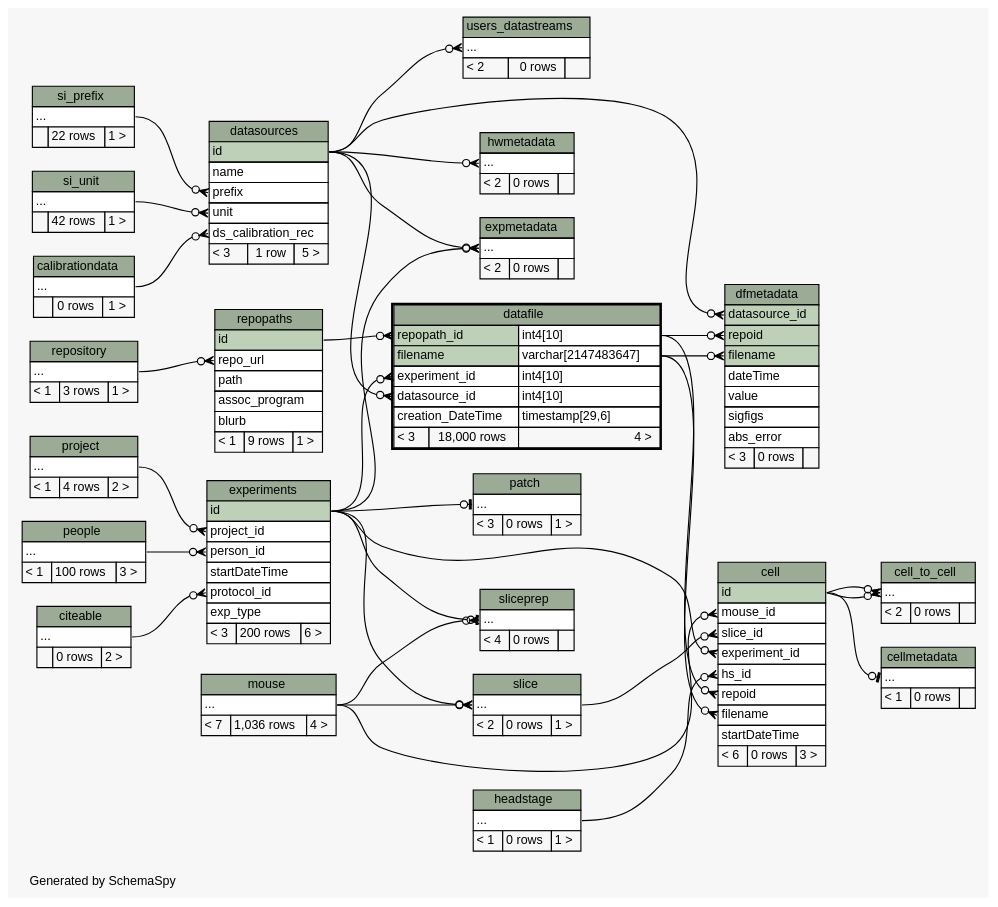
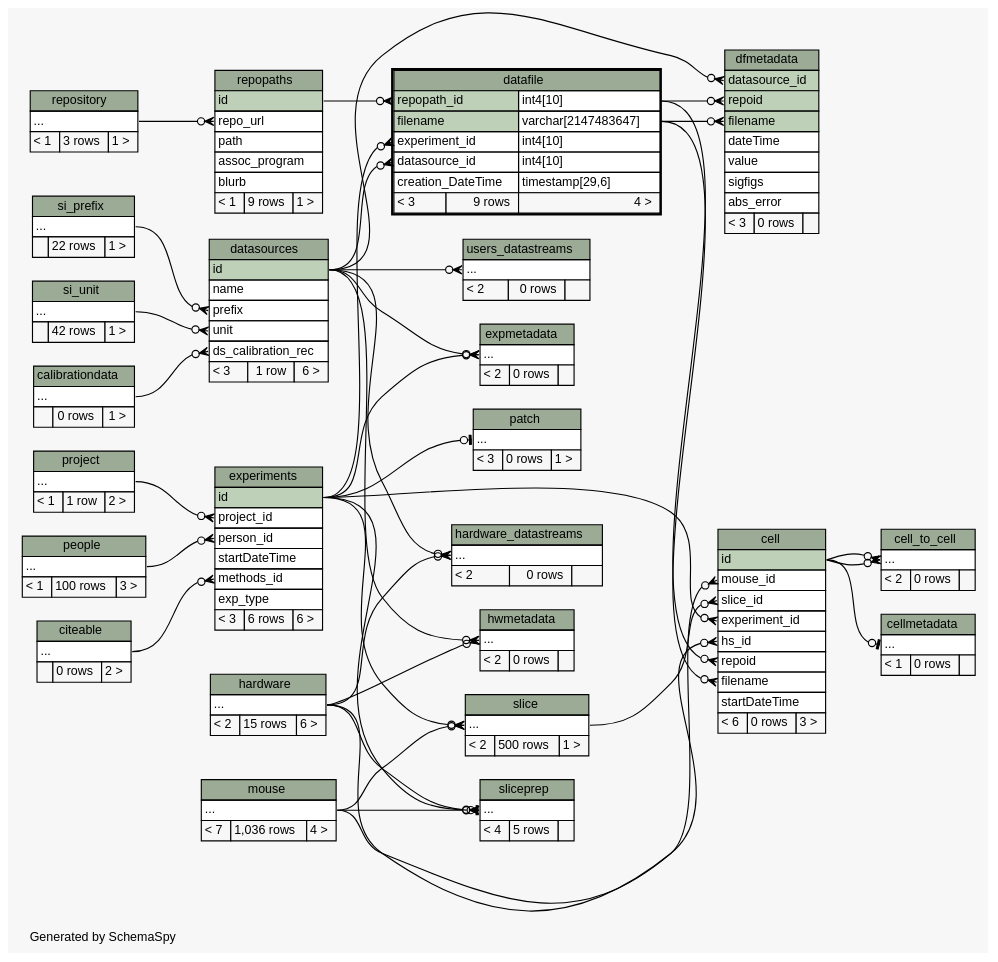
Before and after one commit to tgbugs/mlab: the diagram in database/ss/diagrams/datafile.2degrees.dot, drawn with Graphviz. The commit also changed 204 other files, not shown here.

Commit message:
got the hardware working as a tree, removed explicit amp and headstage classes, updated schemaspy

```diff
--- a/database/ss/diagrams/datafile.2degrees.dot
+++ b/database/ss/diagrams/datafile.2degrees.dot
@@ -21,7 +21,7 @@
   ];
   "cell":"experiment_id":w -> "experiments":"id":e [arrowhead=none dir=back arrowtail=crowodot];
   "cell":"filename":w -> "datafile":"filename.type":e [arrowhead=none dir=back arrowtail=crowodot];
-  "cell":"hs_id":w -> "headstage":"elipses":e [arrowhead=none dir=back arrowtail=crowodot];
+  "cell":"hs_id":w -> "hardware":"elipses":e [arrowhead=none dir=back arrowtail=crowodot];
   "cell":"mouse_id":w -> "mouse":"elipses":e [arrowhead=none dir=back arrowtail=crowodot];
   "cell":"repoid":w -> "datafile":"repopath_id.type":e [arrowhead=none dir=back arrowtail=crowodot];
   "cell":"slice_id":w -> "slice":"elipses":e [arrowhead=none dir=back arrowtail=crowodot];
@@ -37,16 +37,20 @@
   "dfmetadata":"datasource_id":w -> "datasources":"id":e [arrowhead=none dir=back arrowtail=crowodot];
   "dfmetadata":"filename":w -> "datafile":"filename.type":e [arrowhead=none dir=back arrowtail=crowodot];
   "dfmetadata":"repoid":w -> "datafile":"repopath_id.type":e [arrowhead=none dir=back arrowtail=crowodot];
+  "experiments":"methods_id":w -> "citeable":"elipses":e [arrowhead=none dir=back arrowtail=crowodot];
   "experiments":"person_id":w -> "people":"elipses":e [arrowhead=none dir=back arrowtail=crowodot];
   "experiments":"project_id":w -> "project":"elipses":e [arrowhead=none dir=back arrowtail=crowodot];
-  "experiments":"protocol_id":w -> "citeable":"elipses":e [arrowhead=none dir=back arrowtail=crowodot];
   "expmetadata":"elipses":w -> "datasources":"id":e [arrowhead=none dir=back arrowtail=crowodot];
   "expmetadata":"elipses":w -> "experiments":"id":e [arrowhead=none dir=back arrowtail=crowodot];
+  "hardware_datastreams":"elipses":w -> "datasources":"id":e [arrowhead=none dir=back arrowtail=crowodot];
+  "hardware_datastreams":"elipses":w -> "hardware":"elipses":e [arrowhead=none dir=back arrowtail=crowodot];
   "hwmetadata":"elipses":w -> "datasources":"id":e [arrowhead=none dir=back arrowtail=crowodot];
+  "hwmetadata":"elipses":w -> "hardware":"elipses":e [arrowhead=none dir=back arrowtail=crowodot];
   "patch":"elipses":w -> "experiments":"id":e [arrowhead=none dir=back arrowtail=teeodot];
   "repopaths":"repo_url":w -> "repository":"elipses":e [arrowhead=none dir=back arrowtail=crowodot];
   "slice":"elipses":w -> "mouse":"elipses":e [arrowhead=none dir=back arrowtail=crowodot];
   "slice":"elipses":w -> "experiments":"id":e [arrowhead=none dir=back arrowtail=crowodot];
+  "sliceprep":"elipses":w -> "hardware":"elipses":e [arrowhead=none dir=back arrowtail=crowodot];
   "sliceprep":"elipses":w -> "experiments":"id":e [arrowhead=none dir=back arrowtail=teeodot];
   "sliceprep":"elipses":w -> "mouse":"elipses":e [arrowhead=none dir=back arrowtail=crowodot];
   "users_datastreams":"elipses":w -> "datasources":"id":e [arrowhead=none dir=back arrowtail=crowodot];
@@ -116,7 +120,7 @@
       <TR><TD PORT="experiment_id" COLSPAN="2" ALIGN="LEFT">experiment_id</TD><TD PORT="experiment_id.type" ALIGN="LEFT">int4[10]</TD></TR>
       <TR><TD PORT="datasource_id" COLSPAN="2" ALIGN="LEFT">datasource_id</TD><TD PORT="datasource_id.type" ALIGN="LEFT">int4[10]</TD></TR>
       <TR><TD PORT="creation_DateTime" COLSPAN="2" ALIGN="LEFT">creation_DateTime</TD><TD PORT="creation_DateTime.type" ALIGN="LEFT">timestamp[29,6]</TD></TR>
-      <TR><TD ALIGN="LEFT" BGCOLOR="#f7f7f7">&lt; 3</TD><TD ALIGN="RIGHT" BGCOLOR="#f7f7f7">18,000 rows</TD><TD ALIGN="RIGHT" BGCOLOR="#f7f7f7">4 &gt;</TD></TR>
+      <TR><TD ALIGN="LEFT" BGCOLOR="#f7f7f7">&lt; 3</TD><TD ALIGN="RIGHT" BGCOLOR="#f7f7f7">9 rows</TD><TD ALIGN="RIGHT" BGCOLOR="#f7f7f7">4 &gt;</TD></TR>
     </TABLE>>
     URL="datafile.html"
     tooltip="datafile"
@@ -130,7 +134,7 @@
       <TR><TD PORT="prefix" COLSPAN="3" ALIGN="LEFT">prefix</TD></TR>
       <TR><TD PORT="unit" COLSPAN="3" ALIGN="LEFT">unit</TD></TR>
       <TR><TD PORT="ds_calibration_rec" COLSPAN="3" ALIGN="LEFT">ds_calibration_rec</TD></TR>
-      <TR><TD ALIGN="LEFT" BGCOLOR="#f7f7f7">&lt; 3</TD><TD ALIGN="RIGHT" BGCOLOR="#f7f7f7">1 row</TD><TD ALIGN="RIGHT" BGCOLOR="#f7f7f7">5 &gt;</TD></TR>
+      <TR><TD ALIGN="LEFT" BGCOLOR="#f7f7f7">&lt; 3</TD><TD ALIGN="RIGHT" BGCOLOR="#f7f7f7">1 row</TD><TD ALIGN="RIGHT" BGCOLOR="#f7f7f7">6 &gt;</TD></TR>
     </TABLE>>
     URL="datasources.html"
     tooltip="datasources"
@@ -159,9 +163,9 @@
       <TR><TD PORT="project_id" COLSPAN="3" ALIGN="LEFT">project_id</TD></TR>
       <TR><TD PORT="person_id" COLSPAN="3" ALIGN="LEFT">person_id</TD></TR>
       <TR><TD PORT="startDateTime" COLSPAN="3" ALIGN="LEFT">startDateTime</TD></TR>
-      <TR><TD PORT="protocol_id" COLSPAN="3" ALIGN="LEFT">protocol_id</TD></TR>
+      <TR><TD PORT="methods_id" COLSPAN="3" ALIGN="LEFT">methods_id</TD></TR>
       <TR><TD PORT="exp_type" COLSPAN="3" ALIGN="LEFT">exp_type</TD></TR>
-      <TR><TD ALIGN="LEFT" BGCOLOR="#f7f7f7">&lt; 3</TD><TD ALIGN="RIGHT" BGCOLOR="#f7f7f7">200 rows</TD><TD ALIGN="RIGHT" BGCOLOR="#f7f7f7">6 &gt;</TD></TR>
+      <TR><TD ALIGN="LEFT" BGCOLOR="#f7f7f7">&lt; 3</TD><TD ALIGN="RIGHT" BGCOLOR="#f7f7f7">6 rows</TD><TD ALIGN="RIGHT" BGCOLOR="#f7f7f7">6 &gt;</TD></TR>
     </TABLE>>
     URL="experiments.html"
     tooltip="experiments"
@@ -176,15 +180,25 @@
     URL="expmetadata.html"
     tooltip="expmetadata"
   ];
-  "headstage" [
+  "hardware" [
     label=<
     <TABLE BORDER="0" CELLBORDER="1" CELLSPACING="0" BGCOLOR="#ffffff">
-      <TR><TD COLSPAN="3" BGCOLOR="#9bab96" ALIGN="CENTER">headstage</TD></TR>
+      <TR><TD COLSPAN="3" BGCOLOR="#9bab96" ALIGN="CENTER">hardware</TD></TR>
       <TR><TD PORT="elipses" COLSPAN="3" ALIGN="LEFT">...</TD></TR>
-      <TR><TD ALIGN="LEFT" BGCOLOR="#f7f7f7">&lt; 1</TD><TD ALIGN="RIGHT" BGCOLOR="#f7f7f7">0 rows</TD><TD ALIGN="RIGHT" BGCOLOR="#f7f7f7">1 &gt;</TD></TR>
+      <TR><TD ALIGN="LEFT" BGCOLOR="#f7f7f7">&lt; 2</TD><TD ALIGN="RIGHT" BGCOLOR="#f7f7f7">15 rows</TD><TD ALIGN="RIGHT" BGCOLOR="#f7f7f7">6 &gt;</TD></TR>
     </TABLE>>
-    URL="headstage.html"
-    tooltip="headstage"
+    URL="hardware.html"
+    tooltip="hardware"
+  ];
+  "hardware_datastreams" [
+    label=<
+    <TABLE BORDER="0" CELLBORDER="1" CELLSPACING="0" BGCOLOR="#ffffff">
+      <TR><TD COLSPAN="3" BGCOLOR="#9bab96" ALIGN="CENTER">hardware_datastreams</TD></TR>
+      <TR><TD PORT="elipses" COLSPAN="3" ALIGN="LEFT">...</TD></TR>
+      <TR><TD ALIGN="LEFT" BGCOLOR="#f7f7f7">&lt; 2</TD><TD ALIGN="RIGHT" BGCOLOR="#f7f7f7">0 rows</TD><TD ALIGN="RIGHT" BGCOLOR="#f7f7f7">  </TD></TR>
+    </TABLE>>
+    URL="hardware_datastreams.html"
+    tooltip="hardware_datastreams"
   ];
   "hwmetadata" [
     label=<
@@ -231,7 +245,7 @@
     <TABLE BORDER="0" CELLBORDER="1" CELLSPACING="0" BGCOLOR="#ffffff">
       <TR><TD COLSPAN="3" BGCOLOR="#9bab96" ALIGN="CENTER">project</TD></TR>
       <TR><TD PORT="elipses" COLSPAN="3" ALIGN="LEFT">...</TD></TR>
-      <TR><TD ALIGN="LEFT" BGCOLOR="#f7f7f7">&lt; 1</TD><TD ALIGN="RIGHT" BGCOLOR="#f7f7f7">4 rows</TD><TD ALIGN="RIGHT" BGCOLOR="#f7f7f7">2 &gt;</TD></TR>
+      <TR><TD ALIGN="LEFT" BGCOLOR="#f7f7f7">&lt; 1</TD><TD ALIGN="RIGHT" BGCOLOR="#f7f7f7">1 row</TD><TD ALIGN="RIGHT" BGCOLOR="#f7f7f7">2 &gt;</TD></TR>
     </TABLE>>
     URL="project.html"
     tooltip="project"
@@ -285,7 +299,7 @@
     <TABLE BORDER="0" CELLBORDER="1" CELLSPACING="0" BGCOLOR="#ffffff">
       <TR><TD COLSPAN="3" BGCOLOR="#9bab96" ALIGN="CENTER">slice</TD></TR>
       <TR><TD PORT="elipses" COLSPAN="3" ALIGN="LEFT">...</TD></TR>
-      <TR><TD ALIGN="LEFT" BGCOLOR="#f7f7f7">&lt; 2</TD><TD ALIGN="RIGHT" BGCOLOR="#f7f7f7">0 rows</TD><TD ALIGN="RIGHT" BGCOLOR="#f7f7f7">1 &gt;</TD></TR>
+      <TR><TD ALIGN="LEFT" BGCOLOR="#f7f7f7">&lt; 2</TD><TD ALIGN="RIGHT" BGCOLOR="#f7f7f7">500 rows</TD><TD ALIGN="RIGHT" BGCOLOR="#f7f7f7">1 &gt;</TD></TR>
     </TABLE>>
     URL="slice.html"
     tooltip="slice"
@@ -295,7 +309,7 @@
     <TABLE BORDER="0" CELLBORDER="1" CELLSPACING="0" BGCOLOR="#ffffff">
       <TR><TD COLSPAN="3" BGCOLOR="#9bab96" ALIGN="CENTER">sliceprep</TD></TR>
       <TR><TD PORT="elipses" COLSPAN="3" ALIGN="LEFT">...</TD></TR>
-      <TR><TD ALIGN="LEFT" BGCOLOR="#f7f7f7">&lt; 4</TD><TD ALIGN="RIGHT" BGCOLOR="#f7f7f7">0 rows</TD><TD ALIGN="RIGHT" BGCOLOR="#f7f7f7">  </TD></TR>
+      <TR><TD ALIGN="LEFT" BGCOLOR="#f7f7f7">&lt; 4</TD><TD ALIGN="RIGHT" BGCOLOR="#f7f7f7">5 rows</TD><TD ALIGN="RIGHT" BGCOLOR="#f7f7f7">  </TD></TR>
     </TABLE>>
     URL="sliceprep.html"
     tooltip="sliceprep"
```
